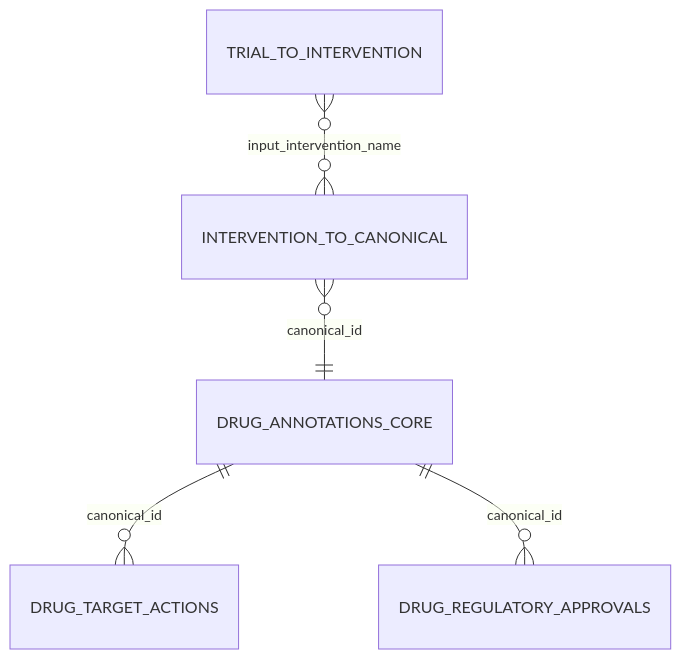
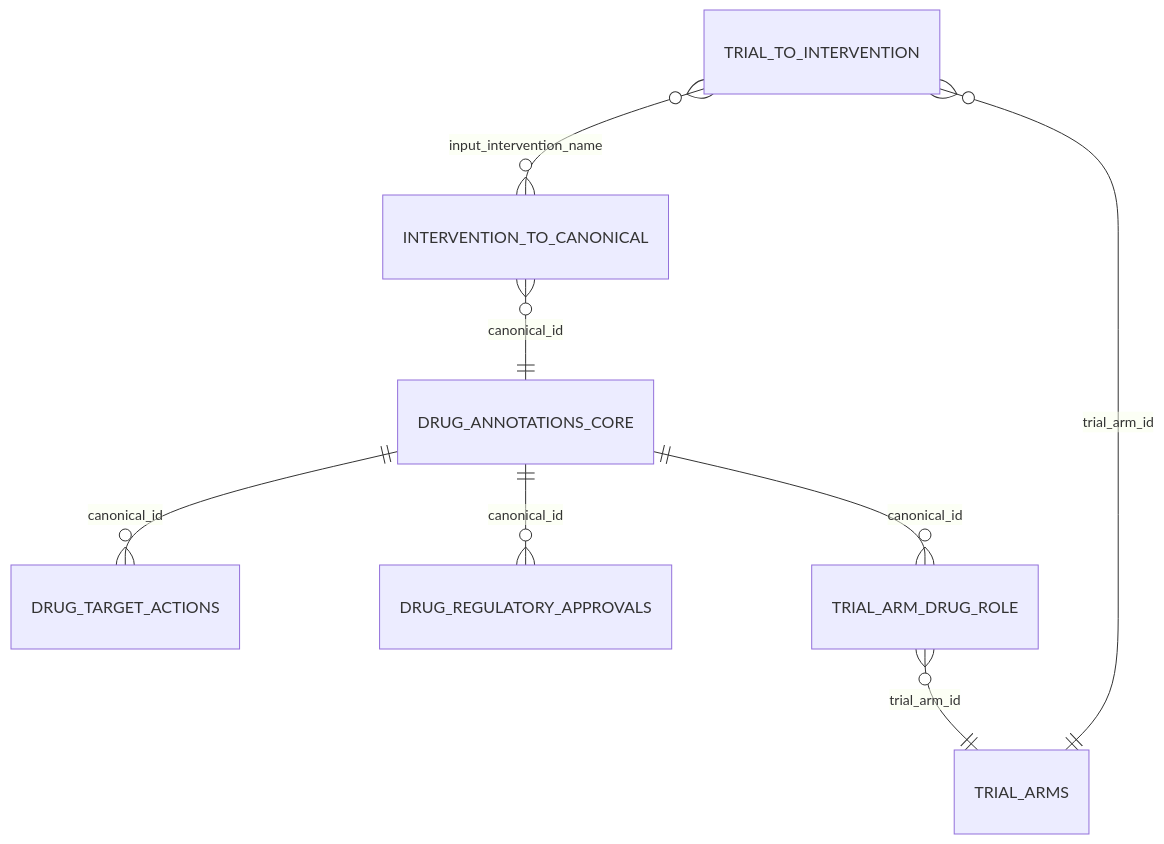
Before and after one commit to hartwigmedical/trial-curator: the diagram in docs/agentic/drug_ref_schema.md, drawn with Mermaid. The commit also changed other lines of this file and 13 other files, not shown here.

Commit message:
aus_trial_universe: investigational vs auxiliary drug classification

````diff
--- a/docs/agentic/drug_ref_schema.md
+++ b/docs/agentic/drug_ref_schema.md
@@ -151,7 +176,10 @@
 ```mermaid
 erDiagram
   TRIAL_TO_INTERVENTION }o--o{ INTERVENTION_TO_CANONICAL : "input_intervention_name"
   INTERVENTION_TO_CANONICAL }o--|| DRUG_ANNOTATIONS_CORE : "canonical_id"
   DRUG_ANNOTATIONS_CORE ||--o{ DRUG_TARGET_ACTIONS : "canonical_id"
   DRUG_ANNOTATIONS_CORE ||--o{ DRUG_REGULATORY_APPROVALS : "canonical_id"
+  DRUG_ANNOTATIONS_CORE ||--o{ TRIAL_ARM_DRUG_ROLE : "canonical_id"
+  TRIAL_ARM_DRUG_ROLE }o--|| TRIAL_ARMS : "trial_arm_id"
+  TRIAL_TO_INTERVENTION }o--|| TRIAL_ARMS : "trial_arm_id"
 ```
````
